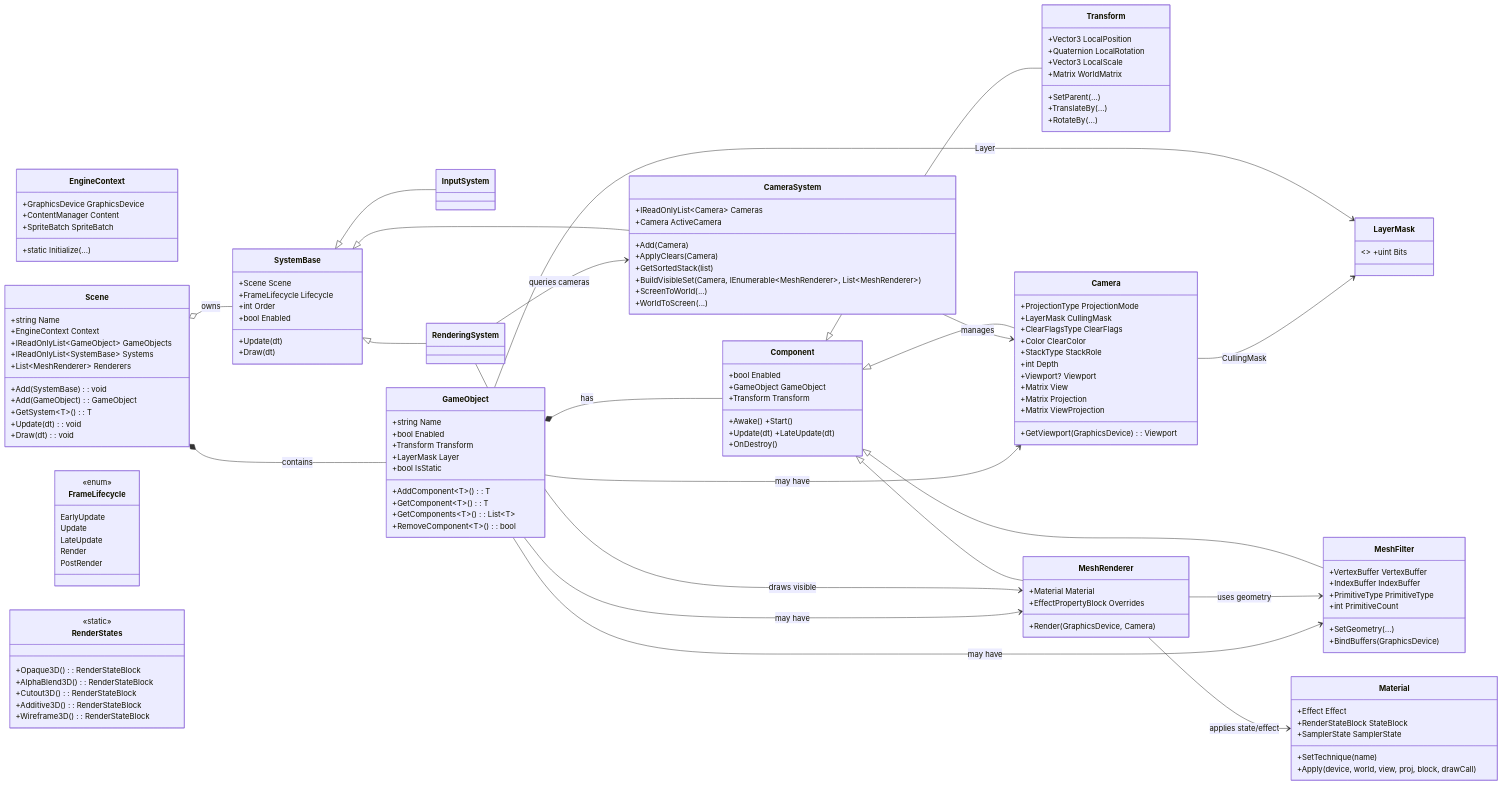
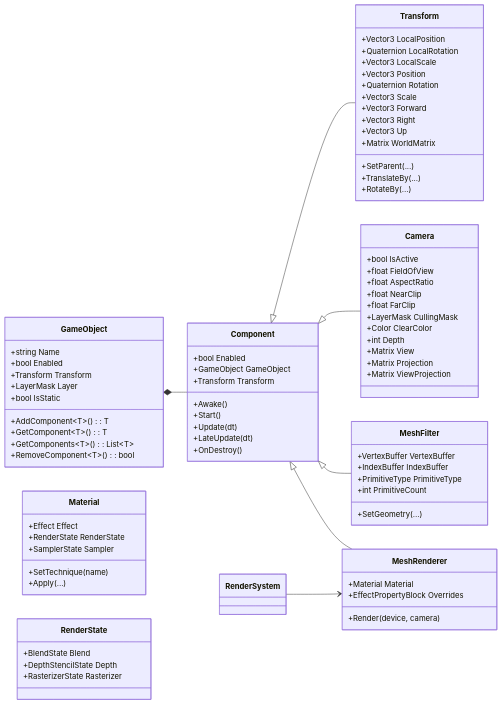
Before and after one commit to grimmy962/2025-26-GD-3DGED-REPEAT: the third of 5 diagrams in README.md, drawn with Mermaid. The commit also changed other lines of this file and 16 other files, not shown here.

````diff
--- a/README.md
+++ b/README.md
@@ -83,67 +289,6 @@
 ```mermaid
 classDiagram
   direction LR
-
-  %% Services / Context
-  class EngineContext {
-    +GraphicsDevice GraphicsDevice
-    +ContentManager Content
-    +SpriteBatch SpriteBatch
-    +static Initialize(...)
-  }
-
-  %% Scene & Lifecycles
-  class Scene {
-    +string Name
-    +EngineContext Context
-    +IReadOnlyList~GameObject~ GameObjects
-    +IReadOnlyList~SystemBase~ Systems
-    +List~MeshRenderer~ Renderers
-    +Add(SystemBase): void
-    +Add(GameObject): GameObject
-    +GetSystem~T~(): T
-    +Update(dt): void
-    +Draw(dt): void
-  }
-
-  class FrameLifecycle {
-    <<enum>>
-    EarlyUpdate
-    Update
-    LateUpdate
-    Render
-    PostRender
-  }
-
-  %% Systems
-  class SystemBase {
-    +Scene Scene
-    +FrameLifecycle Lifecycle
-    +int Order
-    +bool Enabled
-    +Update(dt)
-    +Draw(dt)
-  }
-
-  class InputSystem
-  class CameraSystem {
-    +IReadOnlyList~Camera~ Cameras
-    +Camera ActiveCamera
-    +Add(Camera)
-    +ApplyClears(Camera)
-    +GetSortedStack(list)
-    +BuildVisibleSet(Camera, IEnumerable~MeshRenderer~, List~MeshRenderer~)
-    +ScreenToWorld(...)
-    +WorldToScreen(...)
-  }
-  class RenderingSystem
-
-  SystemBase <|-- InputSystem
-  SystemBase <|-- CameraSystem
-  SystemBase <|-- RenderingSystem
-  Scene o-- SystemBase : owns
-
-  %% Entities / Components
   class GameObject {
     +string Name
     +bool Enabled
@@ -155,91 +300,72 @@
     +GetComponents~T~(): List~T~
     +RemoveComponent~T~(): bool
   }
-  Scene *-- GameObject : contains
-
   class Component {
     +bool Enabled
     +GameObject GameObject
     +Transform Transform
-    +Awake()  +Start()
-    +Update(dt)  +LateUpdate(dt)
+    +Awake()
+    +Start()
+    +Update(dt)
+    +LateUpdate(dt)
     +OnDestroy()
   }
-  GameObject *-- Component : has
-
   class Transform {
     +Vector3 LocalPosition
     +Quaternion LocalRotation
     +Vector3 LocalScale
+    +Vector3 Position
+    +Quaternion Rotation
+    +Vector3 Scale
+    +Vector3 Forward
+    +Vector3 Right
+    +Vector3 Up
     +Matrix WorldMatrix
     +SetParent(...)
     +TranslateBy(...)
     +RotateBy(...)
   }
-
   class Camera {
-    +ProjectionType ProjectionMode
+    +bool IsActive
+    +float FieldOfView
+    +float AspectRatio
+    +float NearClip
+    +float FarClip
     +LayerMask CullingMask
-    +ClearFlagsType ClearFlags
     +Color ClearColor
-    +StackType StackRole
     +int Depth
-    +Viewport? Viewport
     +Matrix View
     +Matrix Projection
     +Matrix ViewProjection
-    +GetViewport(GraphicsDevice): Viewport
   }
-
   class MeshFilter {
     +VertexBuffer VertexBuffer
     +IndexBuffer IndexBuffer
     +PrimitiveType PrimitiveType
     +int PrimitiveCount
     +SetGeometry(...)
-    +BindBuffers(GraphicsDevice)
   }
-
-  class Material {
-    +Effect Effect
-    +RenderStateBlock StateBlock
-    +SamplerState SamplerState
-    +SetTechnique(name)
-    +Apply(device, world, view, proj, block, drawCall)
-  }
-
-  class RenderStates {
-    <<static>>
-    +Opaque3D(): RenderStateBlock
-    +AlphaBlend3D(): RenderStateBlock
-    +Cutout3D(): RenderStateBlock
-    +Additive3D(): RenderStateBlock
-    +Wireframe3D(): RenderStateBlock
-  }
-
   class MeshRenderer {
     +Material Material
     +EffectPropertyBlock Overrides
-    +Render(GraphicsDevice, Camera)
+    +Render(device, camera)
   }
-
+  class Material {
+    +Effect Effect
+    +RenderState RenderState
+    +SamplerState Sampler
+    +SetTechnique(name)
+    +Apply(...)
+  }
+  class RenderState {
+    +BlendState Blend
+    +DepthStencilState Depth
+    +RasterizerState Rasterizer
+  }
+  GameObject *-- Component
   Component <|-- Transform
   Component <|-- Camera
   Component <|-- MeshFilter
   Component <|-- MeshRenderer
-
-  %% Wiring for render flow
-  RenderingSystem --> CameraSystem : queries cameras
-  RenderingSystem --> MeshRenderer : draws visible
-  MeshRenderer --> MeshFilter : uses geometry
-  MeshRenderer --> Material : applies state/effect
-  CameraSystem --> Camera : manages
-  GameObject --> Camera : may have
-  GameObject --> MeshRenderer : may have
-  GameObject --> MeshFilter : may have
-
-  %% Culling relationship
-  class LayerMask { <<value object>> +uint Bits }
-  GameObject --> LayerMask : Layer
-  Camera --> LayerMask : CullingMask
+  RenderSystem --> MeshRenderer
 ```
````
